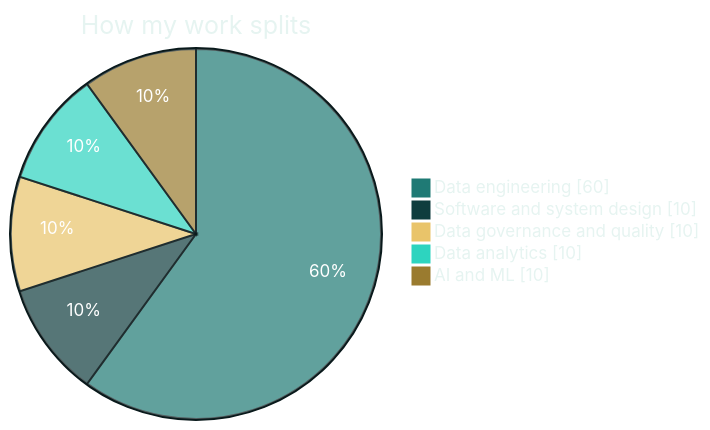
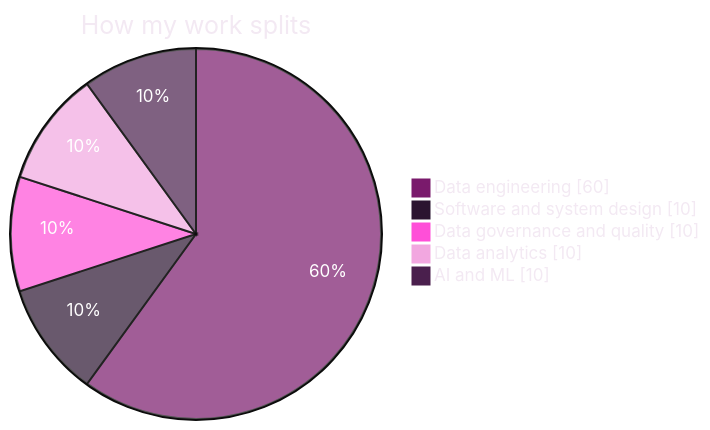
The first of 2 diagrams in README.md (Sitina-Celine/Sitina-Celine), drawn with Mermaid before and after one commit. The commit also changed other lines of this file, not shown here.

````diff
--- a/README.md
+++ b/README.md
@@ -30,12 +30,12 @@
 ```mermaid
 %%{init: {'theme':'base','themeVariables':{
-  'pie1':'#1f7a75','pie2':'#0f3d3e','pie3':'#e9c46a','pie4':'#2dd4bf','pie5':'#9a7b2f',
-  'pieTitleTextColor':'#e6f4f1','pieSectionTextColor':'#ffffff','pieLegendTextColor':'#e6f4f1',
-  'pieStrokeColor':'#0a1a1c','pieOuterStrokeColor':'#0a1a1c'}}}%%
+  'pie1':'#7a1a6c','pie2':'#2b1430','pie3':'#ff4fd8','pie4':'#f2a7e0','pie5':'#4a1f4d',
+  'pieTitleTextColor':'#f3e9f3','pieSectionTextColor':'#ffffff','pieLegendTextColor':'#f3e9f3',
+  'pieStrokeColor':'#0d0d0d','pieOuterStrokeColor':'#0d0d0d'}}}%%
 pie showData title How my work splits
     "Data engineering" : 60
     "Software and system design" : 10
     "Data governance and quality" : 10
     "Data analytics" : 10
     "AI and ML" : 10
 ```
````
